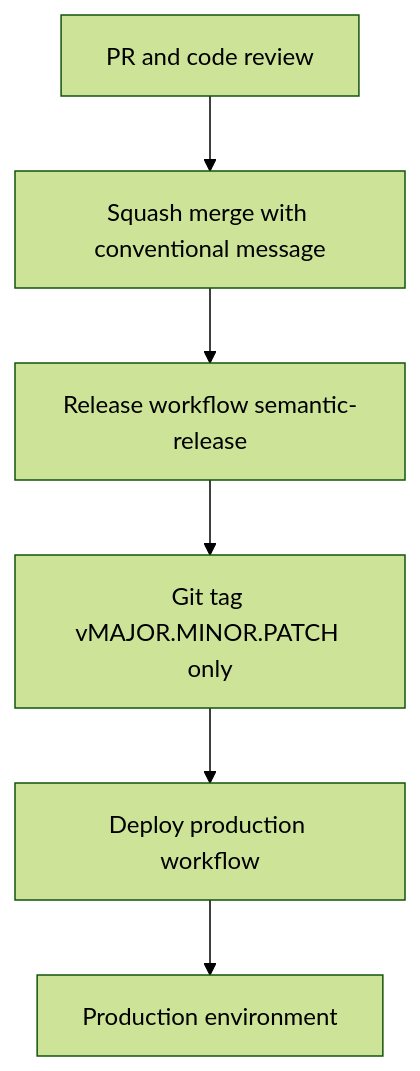
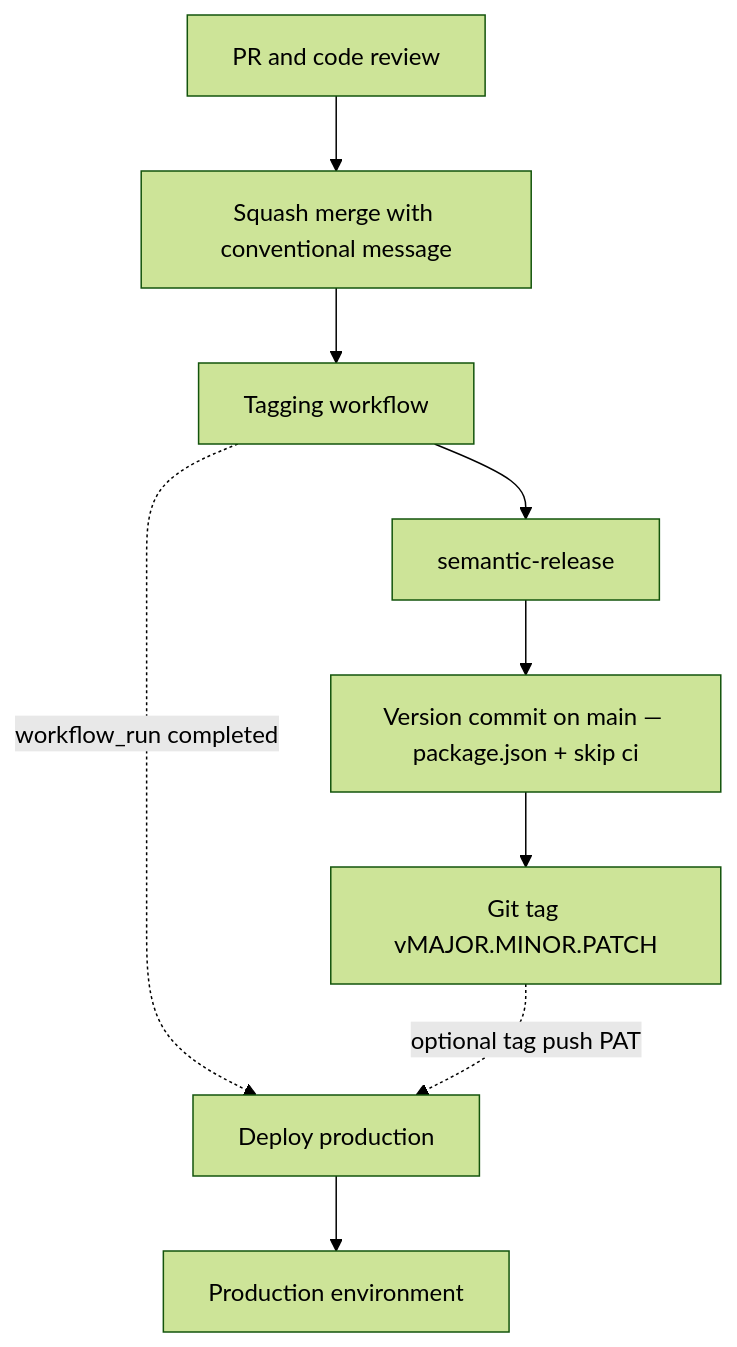
The diagram in docs/release-cicd-senior-brief.md (TejasCoditas/cicd-calculator-app), drawn with Mermaid (forest theme) before and after one commit. The commit also changed other lines of this file and 6 other files, not shown here.

Commit message:
release: updating tags in package.json

````diff
--- a/docs/release-cicd-senior-brief.md
+++ b/docs/release-cicd-senior-brief.md
@@ -24,15 +24,20 @@
 ```mermaid
 flowchart TD
   pr[PR and code review]
   merge[Squash merge with conventional message]
-  rel[Release workflow semantic-release]
-  tag[Git tag vMAJOR.MINOR.PATCH only]
-  dep[Deploy production workflow]
+  tagw[Tagging workflow]
+  sr[semantic-release]
+  ver[Version commit on main — package.json + skip ci]
+  gtag[Git tag vMAJOR.MINOR.PATCH]
+  dep[Deploy production]
   prod[Production environment]
 
   pr --> merge
-  merge --> rel
-  rel --> tag
-  tag --> dep
+  merge --> tagw
+  tagw --> sr
+  sr --> ver
+  ver --> gtag
+  tagw -. workflow_run completed .-> dep
+  gtag -. optional tag push PAT .-> dep
   dep --> prod
 ```
````
